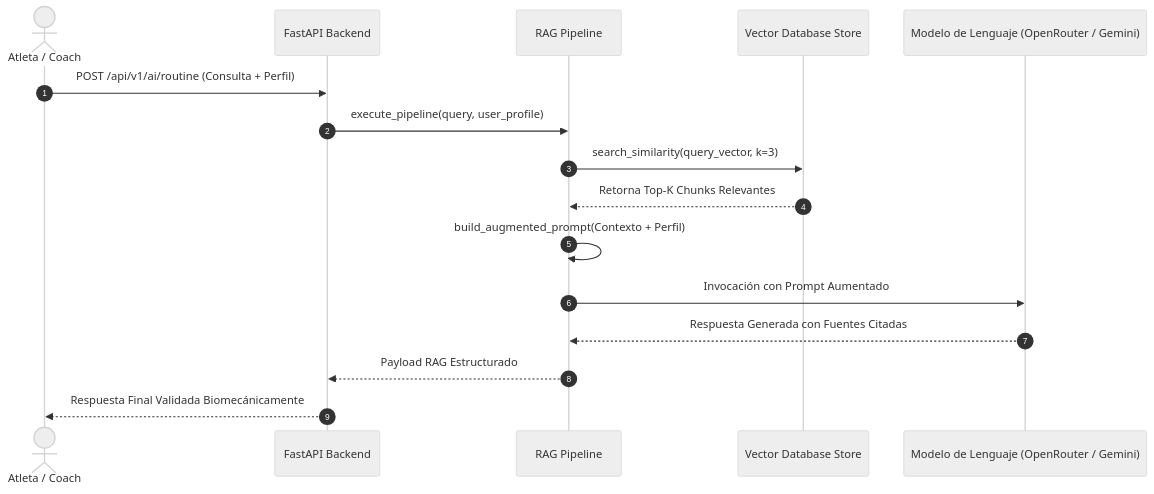
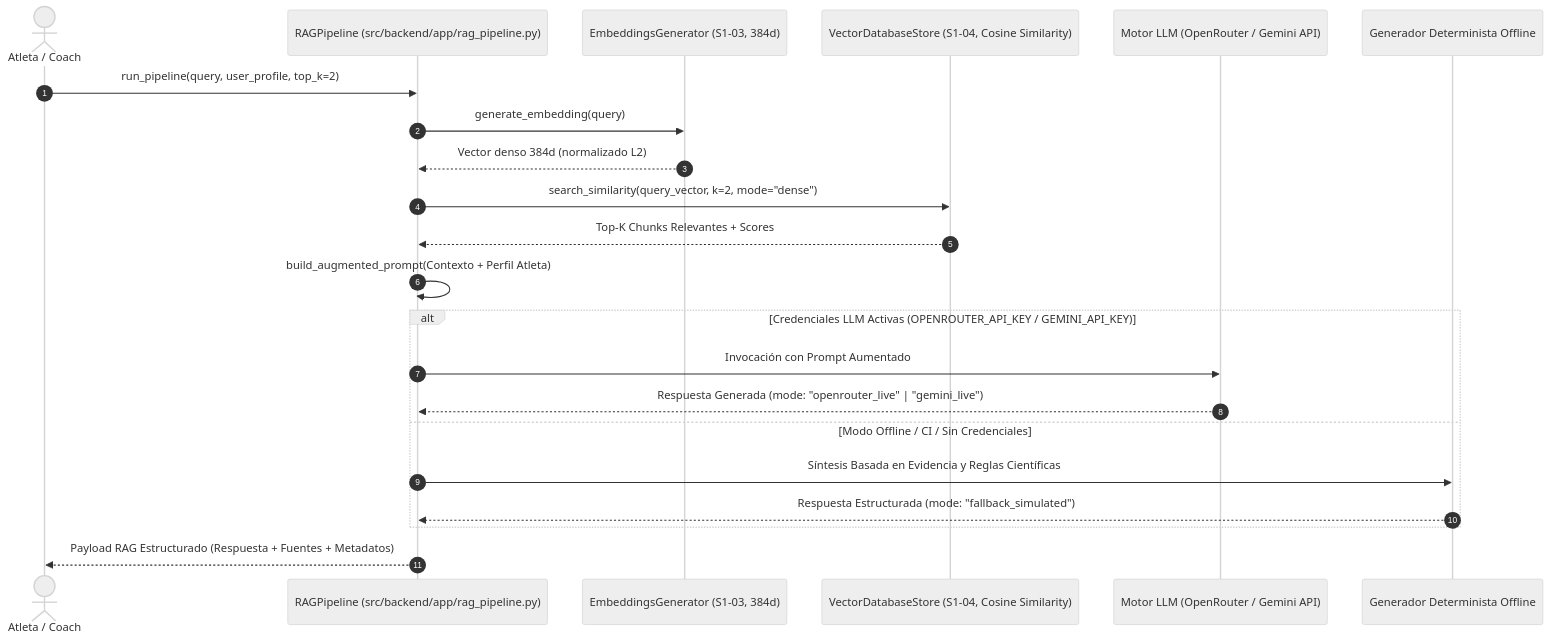
Before and after one commit to YaskCode-laboratory/wellness-platform-team6: the diagram in docs/rag_pipeline_architecture.md, drawn with Mermaid (neutral theme). The commit also changed other lines of this file and 8 other files, not shown here.

Commit message:
fix(rag): consolidar integracion s1-03->s1-04->s1-05 con recuperacion densa 384d y generacion dual (#9)

````diff
--- a/docs/rag_pipeline_architecture.md
+++ b/docs/rag_pipeline_architecture.md
@@ -10,19 +10,27 @@
 ```mermaid
 sequenceDiagram
     autonumber
     actor Usuario as Atleta / Coach
-    participant API as FastAPI Backend
-    participant Pipeline as RAG Pipeline
-    participant VectorDB as Vector Database Store
-    participant LLM as Modelo de Lenguaje (OpenRouter / Gemini)
+    participant Pipeline as RAGPipeline (src/backend/app/rag_pipeline.py)
+    participant Embeddings as EmbeddingsGenerator (S1-03, 384d)
+    participant VectorDB as VectorDatabaseStore (S1-04, Cosine Similarity)
+    participant LLM as Motor LLM (OpenRouter / Gemini API)
+    participant Fallback as Generador Determinista Offline
 
-    Usuario->>API: POST /api/v1/ai/routine (Consulta + Perfil)
-    API->>Pipeline: execute_pipeline(query, user_profile)
-    Pipeline->>VectorDB: search_similarity(query_vector, k=3)
-    VectorDB-->>Pipeline: Retorna Top-K Chunks Relevantes
-    Pipeline->>Pipeline: build_augmented_prompt(Contexto + Perfil)
-    Pipeline->>LLM: Invocación con Prompt Aumentado
-    LLM-->>Pipeline: Respuesta Generada con Fuentes Citadas
-    Pipeline-->>API: Payload RAG Estructurado
-    API-->>Usuario: Respuesta Final Validada Biomecánicamente
+    Usuario->>Pipeline: run_pipeline(query, user_profile, top_k=2)
+    Pipeline->>Embeddings: generate_embedding(query)
+    Embeddings-->>Pipeline: Vector denso 384d (normalizado L2)
+    Pipeline->>VectorDB: search_similarity(query_vector, k=2, mode="dense")
+    VectorDB-->>Pipeline: Top-K Chunks Relevantes + Scores
+    Pipeline->>Pipeline: build_augmented_prompt(Contexto + Perfil Atleta)
+    
+    alt Credenciales LLM Activas (OPENROUTER_API_KEY / GEMINI_API_KEY)
+        Pipeline->>LLM: Invocación con Prompt Aumentado
+        LLM-->>Pipeline: Respuesta Generada (mode: "openrouter_live" | "gemini_live")
+    else Modo Offline / CI / Sin Credenciales
+        Pipeline->>Fallback: Síntesis Basada en Evidencia y Reglas Científicas
+        Fallback-->>Pipeline: Respuesta Estructurada (mode: "fallback_simulated")
+    end
+
+    Pipeline-->>Usuario: Payload RAG Estructurado (Respuesta + Fuentes + Metadatos)
 ```
````
